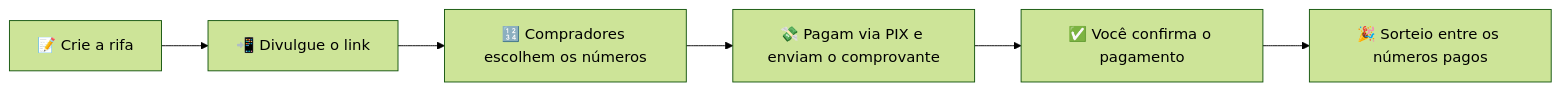
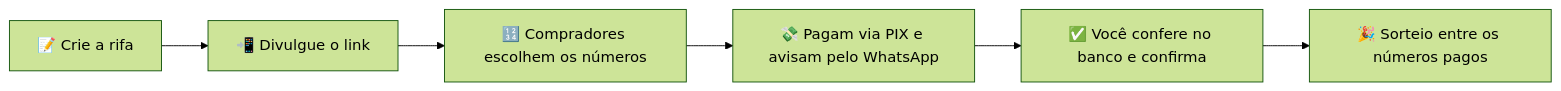
The diagram in README.md (oliveira4labs/minha-rifa), drawn with Mermaid (forest theme) before and after one commit. The commit also changed other lines of this file and 2 other files, not shown here.

````diff
--- a/README.md
+++ b/README.md
@@ -58,8 +60,8 @@
 ```mermaid
 flowchart LR
     A[📝 Crie a rifa] --> B[📲 Divulgue o link]
     B --> C[🔢 Compradores escolhem os números]
-    C --> D[💸 Pagam via PIX e enviam o comprovante]
-    D --> E[✅ Você confirma o pagamento]
+    C --> D[💸 Pagam via PIX e avisam pelo WhatsApp]
+    D --> E[✅ Você confere no banco e confirma]
     E --> F[🎉 Sorteio entre os números pagos]
 ```
````
